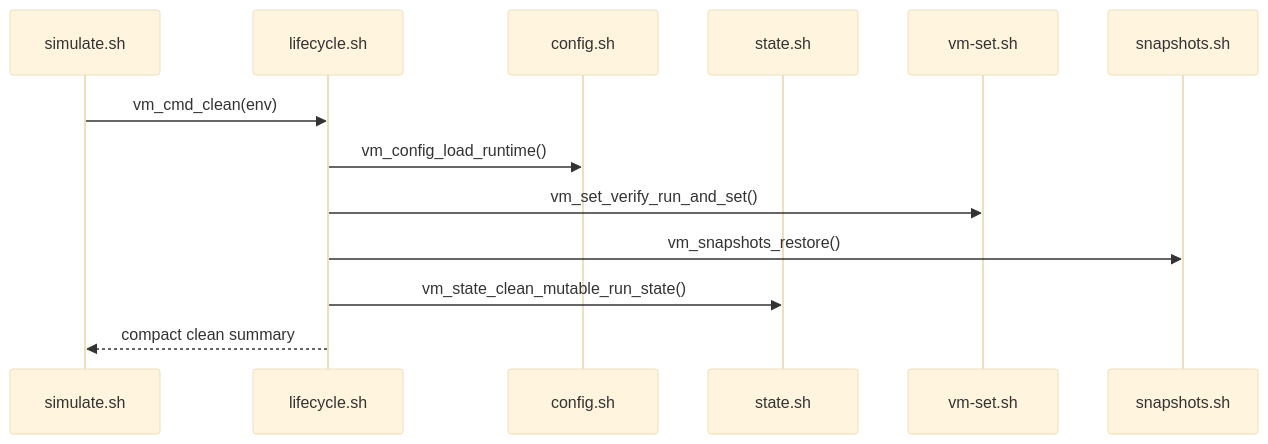
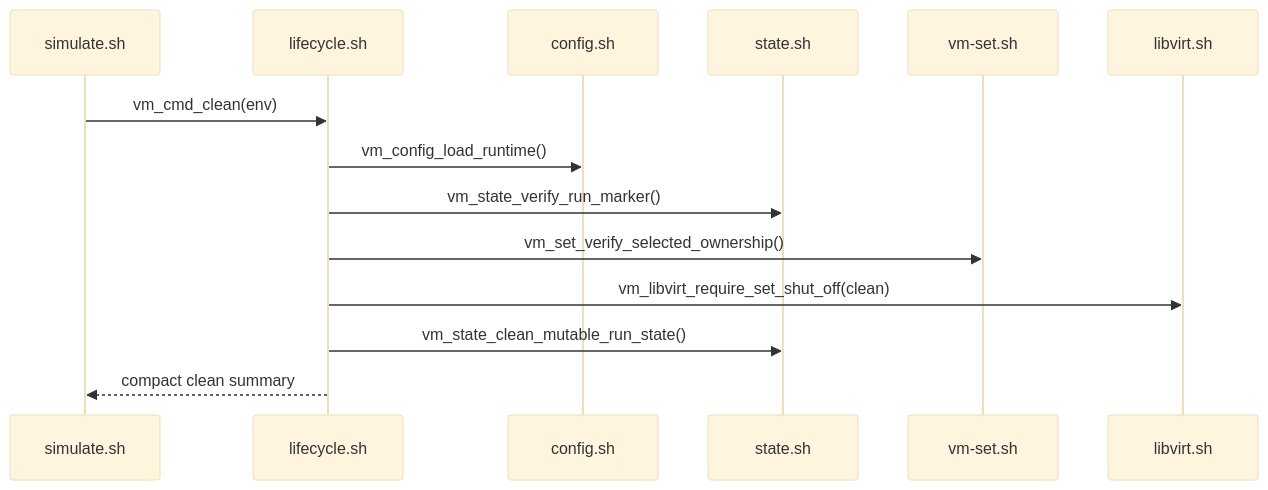
Before and after one commit to NoNine/loopforge: diagram 18 of 20 in simulation/vm/sequences.md, drawn with Mermaid (base theme). The commit also changed other lines of this file and 15 other files, not shown here.

First line of the commit message:
Split VM clean from baseline restore

````diff
--- a/simulation/vm/sequences.md
+++ b/simulation/vm/sequences.md
@@ -351,16 +368,17 @@
 ```mermaid
 sequenceDiagram
   participant CLI as simulate.sh
   participant LC as lifecycle.sh
   participant CFG as config.sh
   participant ST as state.sh
   participant SET as vm-set.sh
-  participant SNAP as snapshots.sh
+  participant LV as libvirt.sh
 
   CLI->>LC: vm_cmd_clean(env)
   LC->>CFG: vm_config_load_runtime()
-  LC->>SET: vm_set_verify_run_and_set()
-  LC->>SNAP: vm_snapshots_restore()
+  LC->>ST: vm_state_verify_run_marker()
+  LC->>SET: vm_set_verify_selected_ownership()
+  LC->>LV: vm_libvirt_require_set_shut_off(clean)
   LC->>ST: vm_state_clean_mutable_run_state()
   LC-->>CLI: compact clean summary
 ```
````
